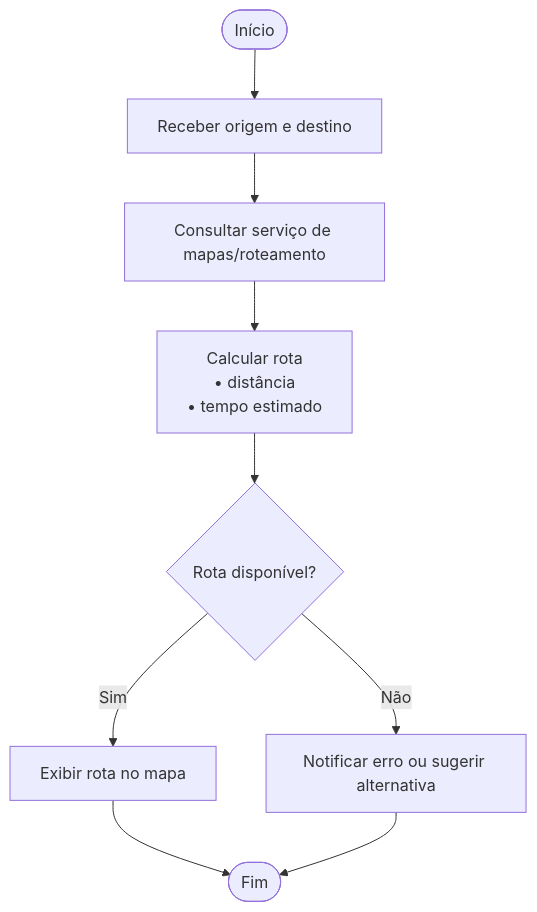
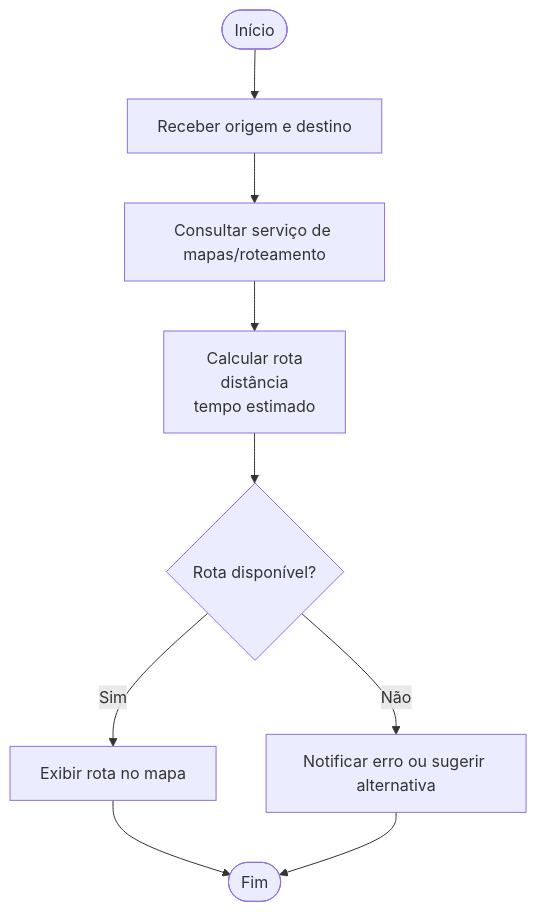
One commit to BSI-UFU/MD changed the third of 4 diagrams in aula02/A_2_1_Aplicando_DDD.md. Above: the diagram before and after it, drawn with Mermaid.

Commit message:
Fix formatting in flowchart for route calculation

````diff
--- a/aula02/A_2_1_Aplicando_DDD.md
+++ b/aula02/A_2_1_Aplicando_DDD.md
@@ -61,15 +61,15 @@
 ```mermaid
 flowchart TD
     A([Início])
     B[Receber origem e destino]
     C[Consultar serviço de mapas/roteamento]
-    D[Calcular rota\n• distância\n• tempo estimado]
+    D[Calcular rota\n distância\n tempo estimado]
     E{Rota disponível?}
     F[Exibir rota no mapa]
     G[Notificar erro ou sugerir alternativa]
     H([Fim])
 
     A --> B --> C --> D --> E
     E -- Sim --> F --> H
     E -- Não --> G --> H
 ```
````
